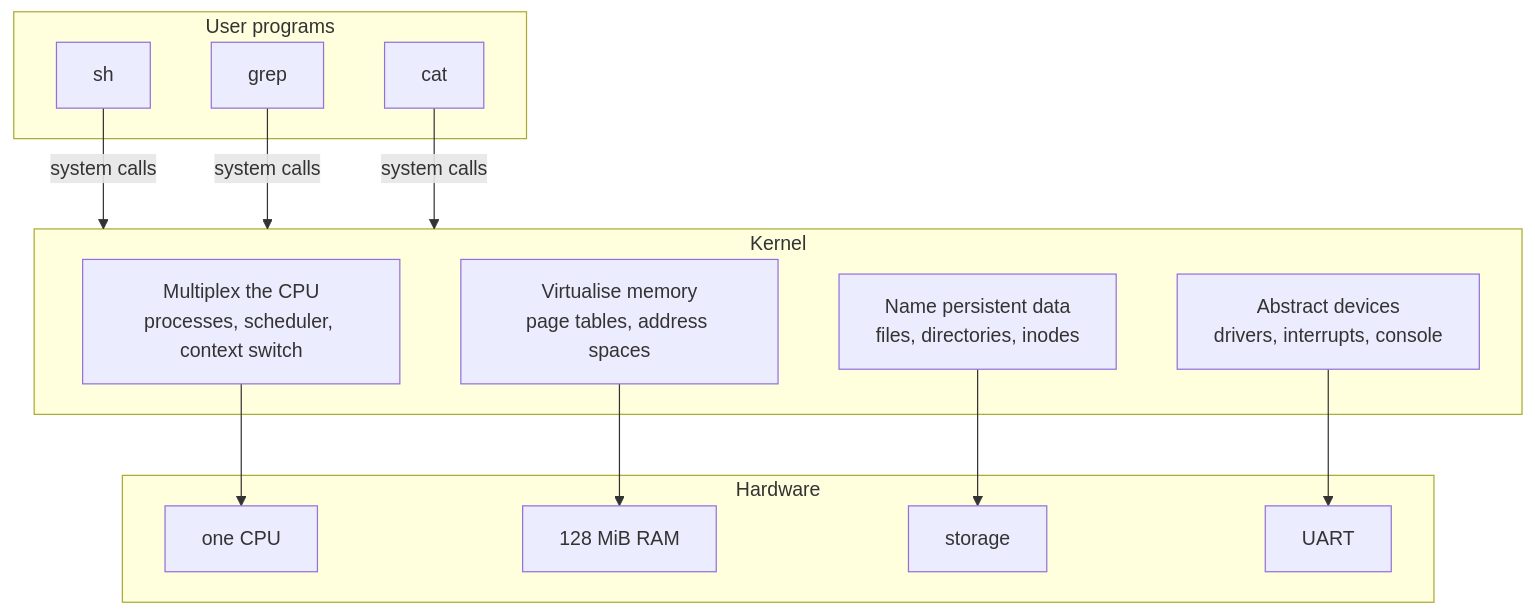
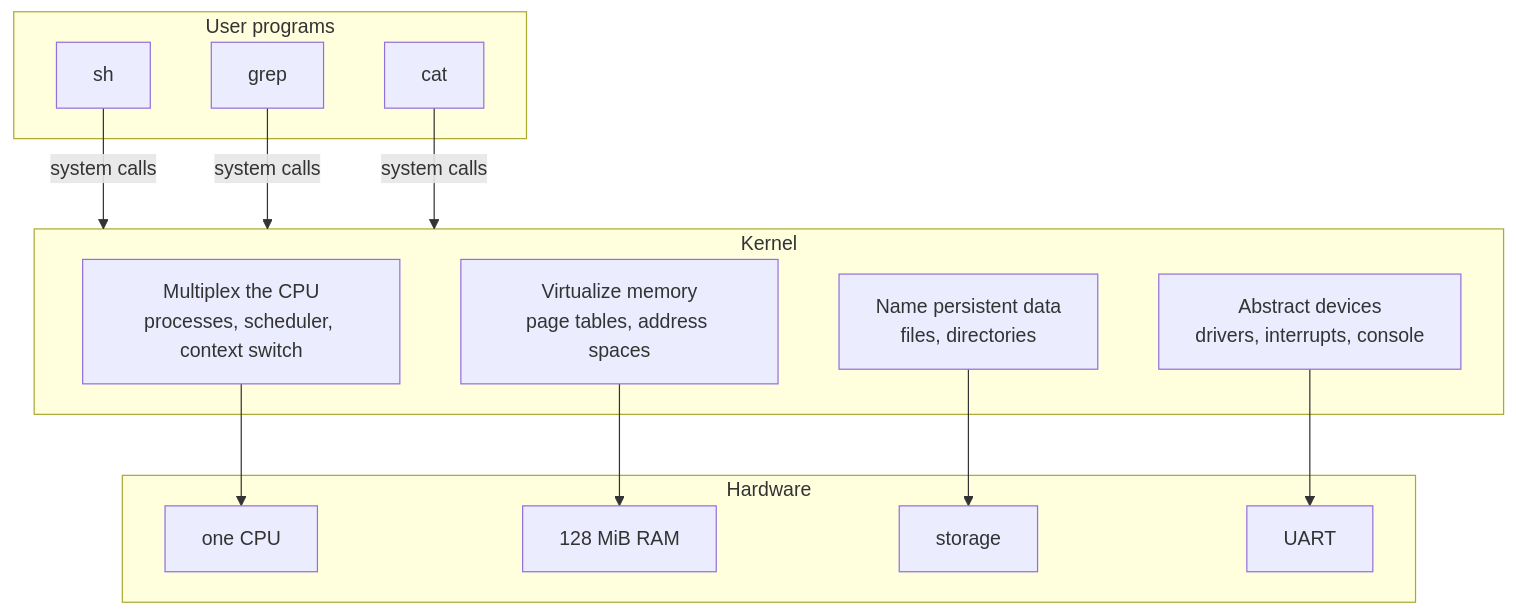
The first of 4 diagrams in docs/lectures/01-cs326-2026-08-25-course-intro-and-what-an-os-is.md (USF-CS326-F26/USF-CS326-F26.github.io), drawn with Mermaid before and after one commit. The commit also changed other lines of this file and 8 other files, not shown here.

````diff
--- a/docs/lectures/01-cs326-2026-08-25-course-intro-and-what-an-os-is.md
+++ b/docs/lectures/01-cs326-2026-08-25-course-intro-and-what-an-os-is.md
@@ -60,27 +57,27 @@
 ```mermaid
 flowchart TB
     subgraph U["User programs"]
         A["sh"]
         B["grep"]
         C["cat"]
     end
     subgraph K["Kernel"]
         K1["Multiplex the CPU\nprocesses, scheduler, context switch"]
-        K2["Virtualise memory\npage tables, address spaces"]
-        K3["Name persistent data\nfiles, directories, inodes"]
+        K2["Virtualize memory\npage tables, address spaces"]
+        K3["Name persistent data\nfiles, directories"]
         K4["Abstract devices\ndrivers, interrupts, console"]
     end
     subgraph H["Hardware"]
         H1["one CPU"]
         H2["128 MiB RAM"]
         H3["storage"]
         H4["UART"]
     end
     A -->|system calls| K
     B -->|system calls| K
     C -->|system calls| K
     K1 --> H1
     K2 --> H2
     K3 --> H3
     K4 --> H4
 ```
````
